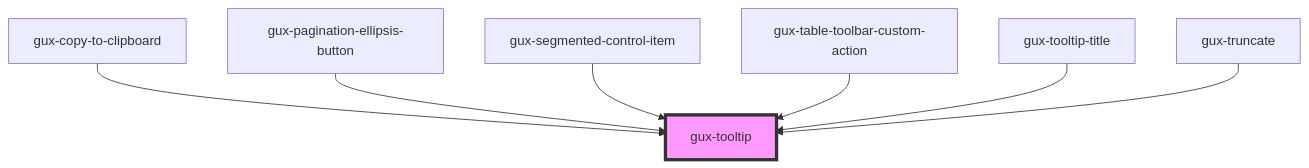
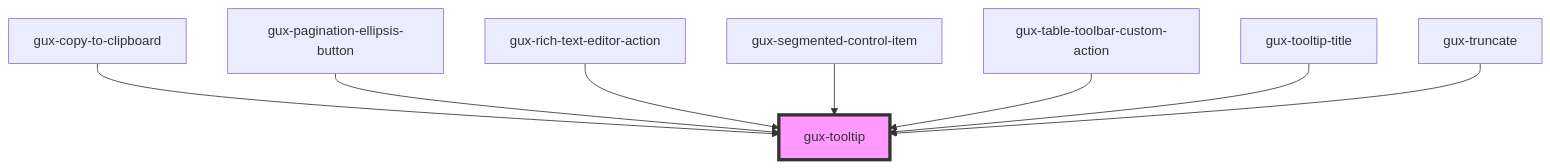
One commit to MyPureCloud/genesys-spark changed the diagram in packages/genesys-spark-components/src/components/stable/gux-tooltip/readme.md. Above: the diagram before and after it, drawn with Mermaid. The commit also changed other lines of this file and 20 other files, not shown here.

First line of the commit message:
feat(other): rich-text-editor

````diff
--- a/packages/genesys-spark-components/src/components/stable/gux-tooltip/readme.md
+++ b/packages/genesys-spark-components/src/components/stable/gux-tooltip/readme.md
@@ -77,10 +78,11 @@
 ```mermaid
 graph TD;
   gux-copy-to-clipboard --> gux-tooltip
   gux-pagination-ellipsis-button --> gux-tooltip
+  gux-rich-text-editor-action --> gux-tooltip
   gux-segmented-control-item --> gux-tooltip
   gux-table-toolbar-custom-action --> gux-tooltip
   gux-tooltip-title --> gux-tooltip
   gux-truncate --> gux-tooltip
   style gux-tooltip fill:#f9f,stroke:#333,stroke-width:4px
 ```
````
